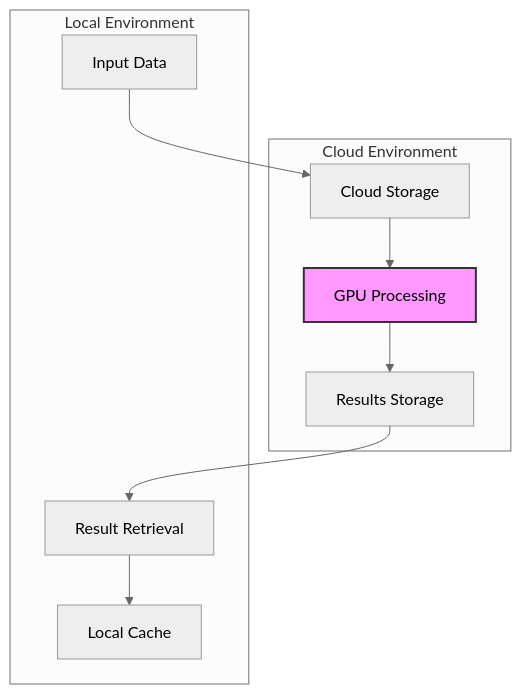
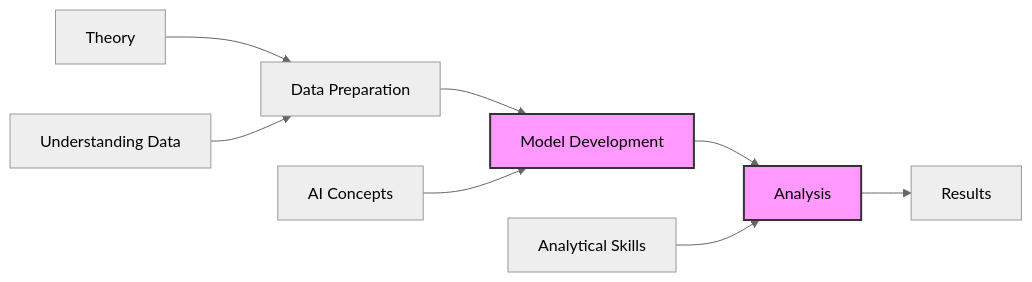
Before and after one commit to frontierbio-tech/frontierbio-tech.github.io: the fifth of 6 diagrams in test2.md, drawn with Mermaid (neutral theme). The commit also changed other lines of this file, not shown here.

````diff
--- a/test2.md
+++ b/test2.md
@@ -123,22 +172,14 @@
 ```mermaid
-graph TD
-    A[Input Data] --> B[Cloud Storage]
-    B --> C[GPU Processing]
-    C --> D[Results Storage]
-    D --> E[Result Retrieval]
-    E --> F[Local Cache]
+graph LR
+    A[Theory] --> B[Data Preparation]
+    B --> C[Model Development]
+    C --> D[Analysis]
+    D --> E[Results]
+
+    B1[Understanding Data] --> B
+    C1[AI Concepts] --> C
+    D1[Analytical Skills] --> D
     
-    subgraph "Cloud Environment"
-        B
-        C
-        D
-    end
-    
-    subgraph "Local Environment"
-        A
-        E
-        F
-    end
-
     style C fill:#f9f,stroke:#333,stroke-width:2px
+    style D fill:#f9f,stroke:#333,stroke-width:2px
 ```
````
